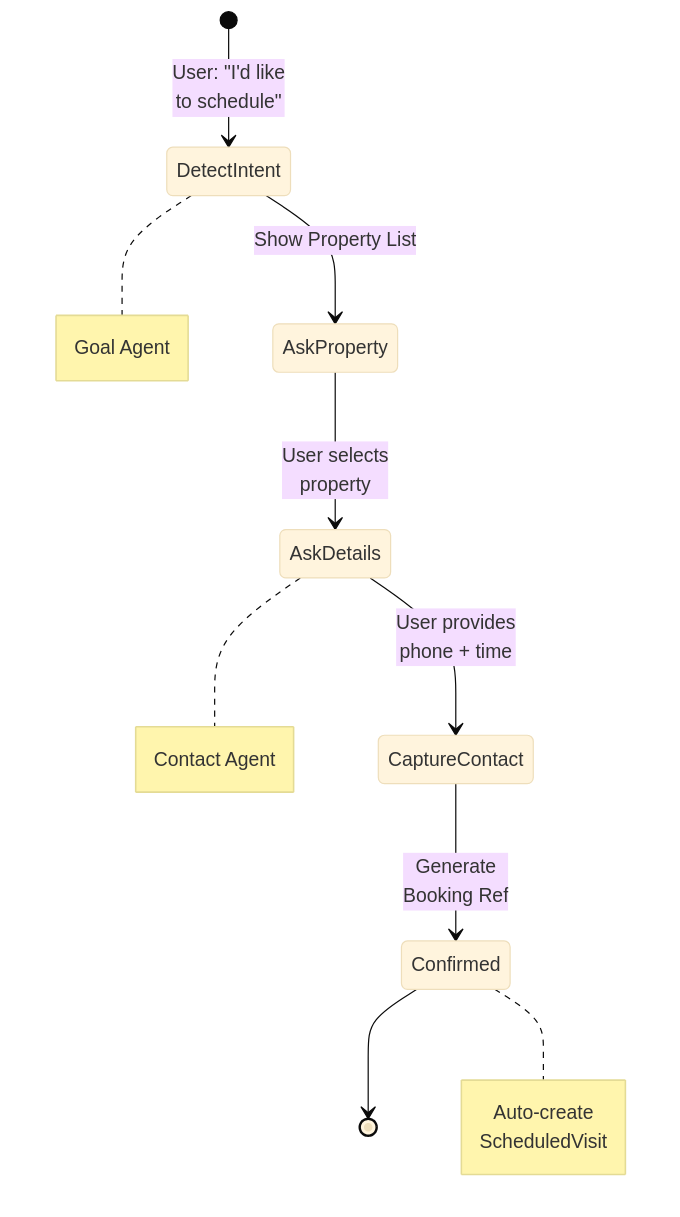
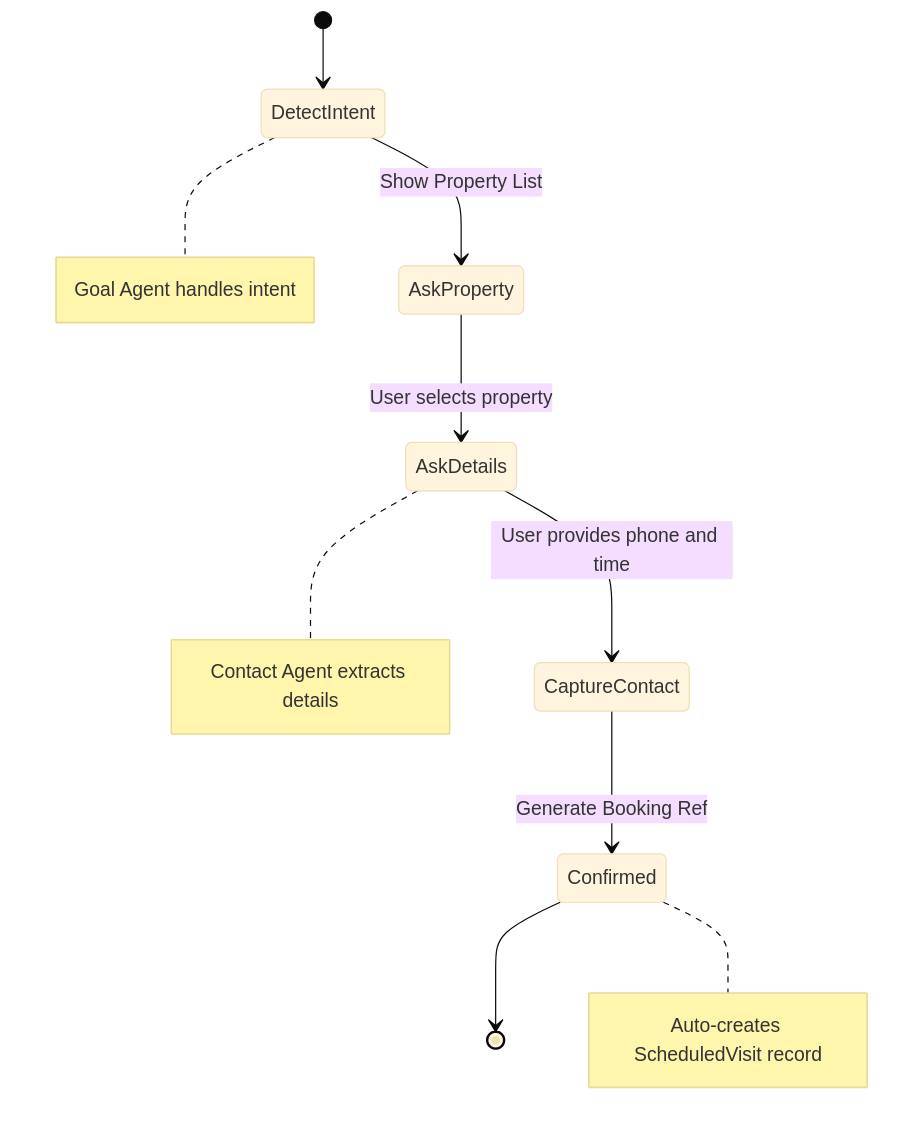
One commit to AnupCloud/Lead-Nurturing-CRM changed the fifth of 6 diagrams in README.md. Above: the diagram before and after it, drawn with Mermaid (base theme). The commit also changed other lines of this file, not shown here.

First line of the commit message:
docs: Add comprehensive PropLens AI Chatbot documentation with screenshots and Mermaid diagrams

````diff
--- a/README.md
+++ b/README.md
@@ -682,13 +682,13 @@
 ```mermaid
 stateDiagram-v2
-    [*] --> DetectIntent: User: "I'd like<br/>to schedule"
+    [*] --> DetectIntent
     DetectIntent --> AskProperty: Show Property List
-    AskProperty --> AskDetails: User selects<br/>property
-    AskDetails --> CaptureContact: User provides<br/>phone + time
-    CaptureContact --> Confirmed: Generate<br/>Booking Ref
+    AskProperty --> AskDetails: User selects property
+    AskDetails --> CaptureContact: User provides phone and time
+    CaptureContact --> Confirmed: Generate Booking Ref
     Confirmed --> [*]
     
-    note right of DetectIntent: Goal Agent
-    note right of AskDetails: Contact Agent
-    note right of Confirmed: Auto-create<br/>ScheduledVisit
+    note right of DetectIntent: Goal Agent handles intent
+    note right of AskDetails: Contact Agent extracts details
+    note right of Confirmed: Auto-creates ScheduledVisit record
 ```
````
